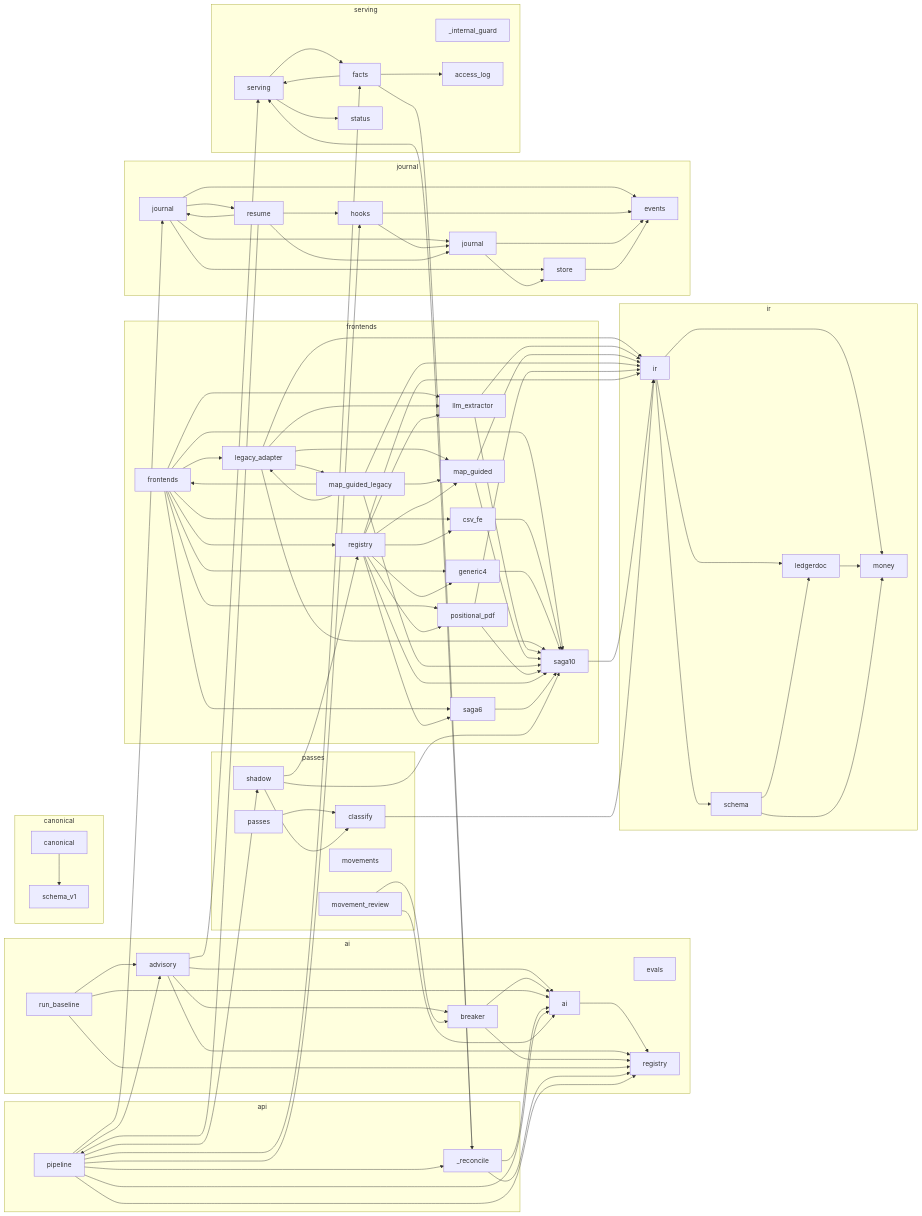
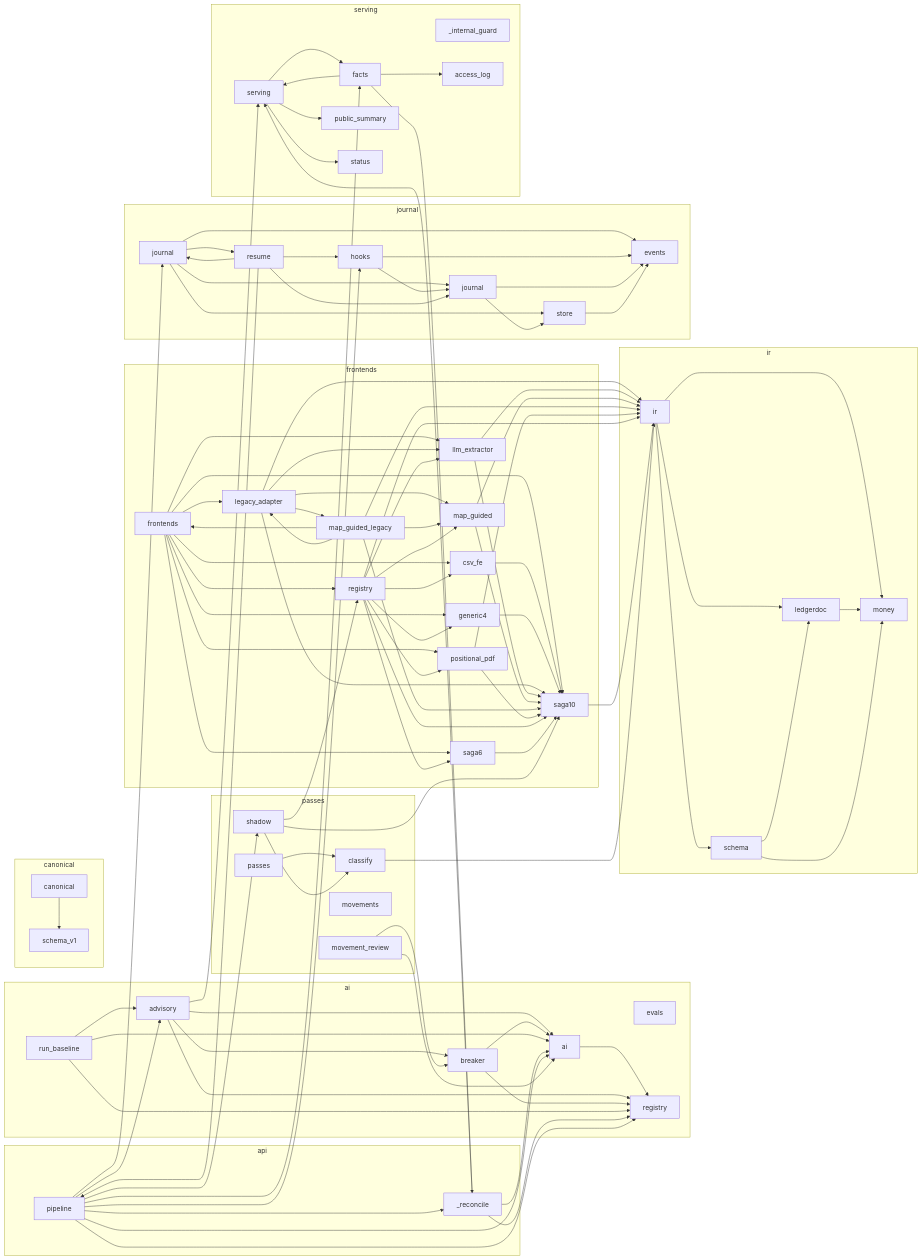
One commit to AlexDC100/cfo-ai.io changed the third of 3 diagrams in docs/engine_book/architecture.md. Above: the diagram before and after it, drawn with Mermaid. The commit also changed other lines of this file and 73 other files, not shown here.

```diff
--- a/docs/engine_book/architecture.md
+++ b/docs/engine_book/architecture.md
@@ -193,6 +198,7 @@
         engine_serving__internal_guard["_internal_guard"]
         engine_serving_access_log["access_log"]
         engine_serving_facts["facts"]
+        engine_serving_public_summary["public_summary"]
         engine_serving_status["status"]
     end
     engine_ai --> engine_ai_registry
@@ -280,6 +286,7 @@
     engine_passes_shadow --> engine_frontends_saga10
     engine_passes_shadow --> engine_passes_classify
     engine_serving --> engine_serving_facts
+    engine_serving --> engine_serving_public_summary
     engine_serving --> engine_serving_status
     engine_serving_facts --> engine_api__reconcile
     engine_serving_facts --> engine_serving
```
